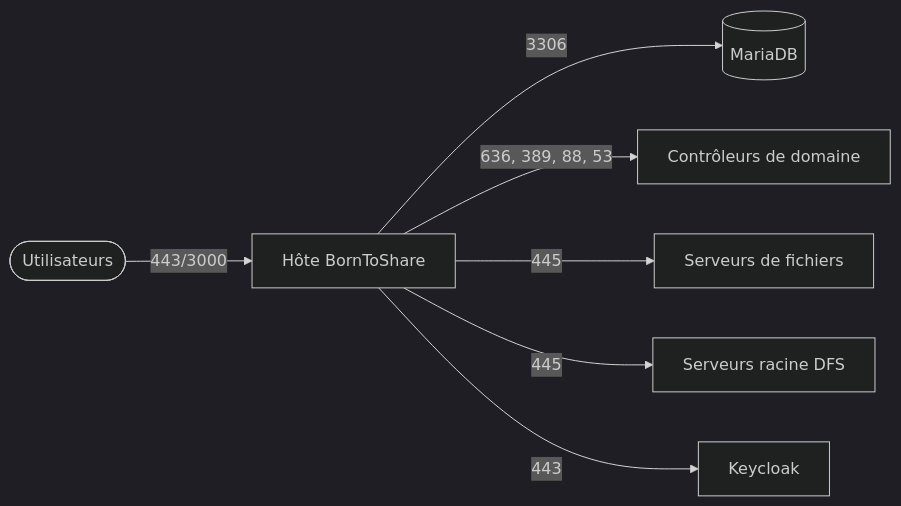
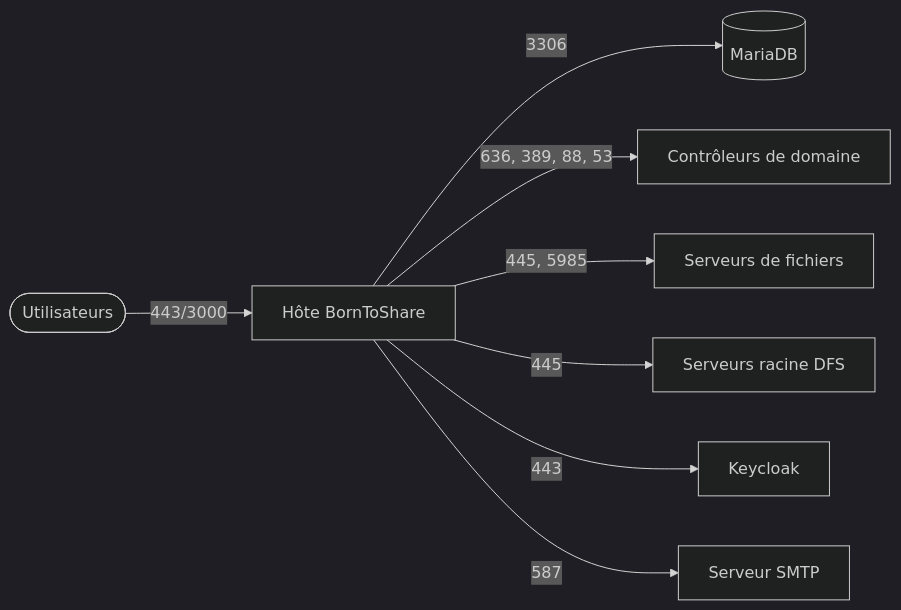
The second of 3 diagrams in docs/architecture.md (RaphPrch/borntoshare), drawn with Mermaid (dark theme) before and after one commit. The commit also changed other lines of this file and 16 other files, not shown here.

````diff
--- a/docs/architecture.md
+++ b/docs/architecture.md
@@ -85,9 +94,10 @@
 ```mermaid
 flowchart LR
   users([Utilisateurs]) -- 443/3000 --> host[Hôte BornToShare]
   host -- 3306 --> db[(MariaDB)]
   host -- 636, 389, 88, 53 --> dc[Contrôleurs de domaine]
-  host -- 445 --> fs[Serveurs de fichiers]
+  host -- 445, 5985 --> fs[Serveurs de fichiers]
   host -- 445 --> dfs[Serveurs racine DFS]
   host -- 443 --> kc[Keycloak]
+  host -- 587 --> smtp[Serveur SMTP]
 ```
````
